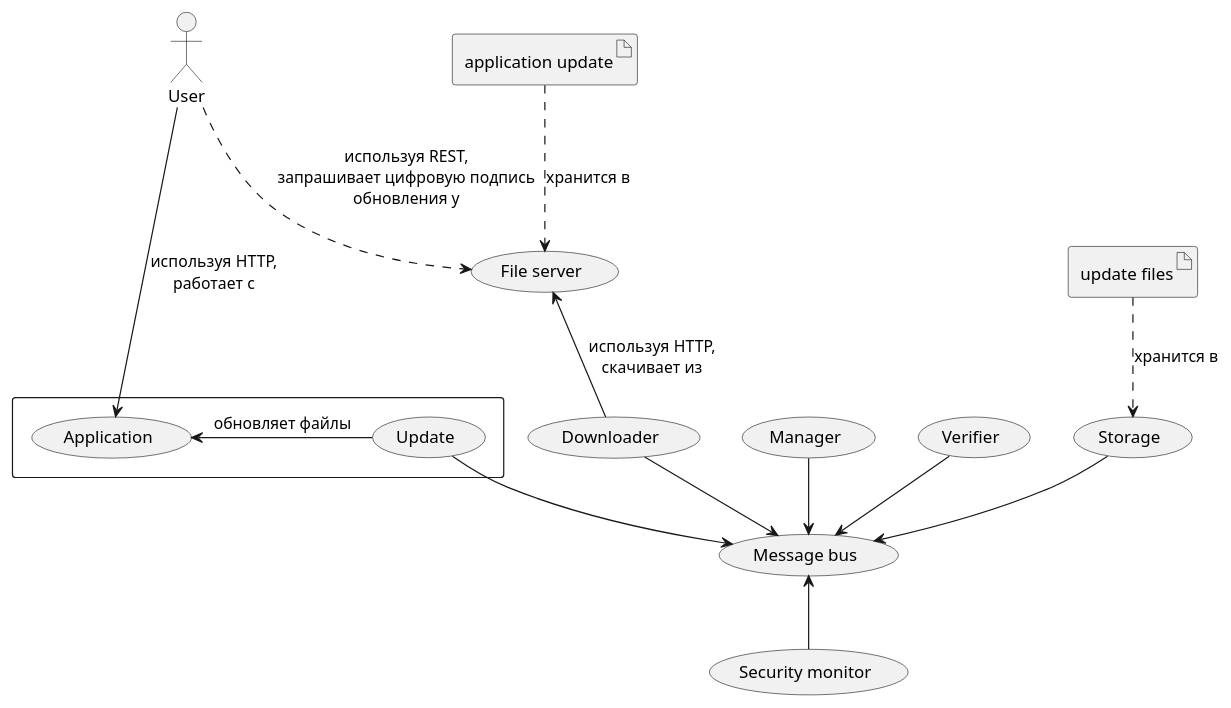
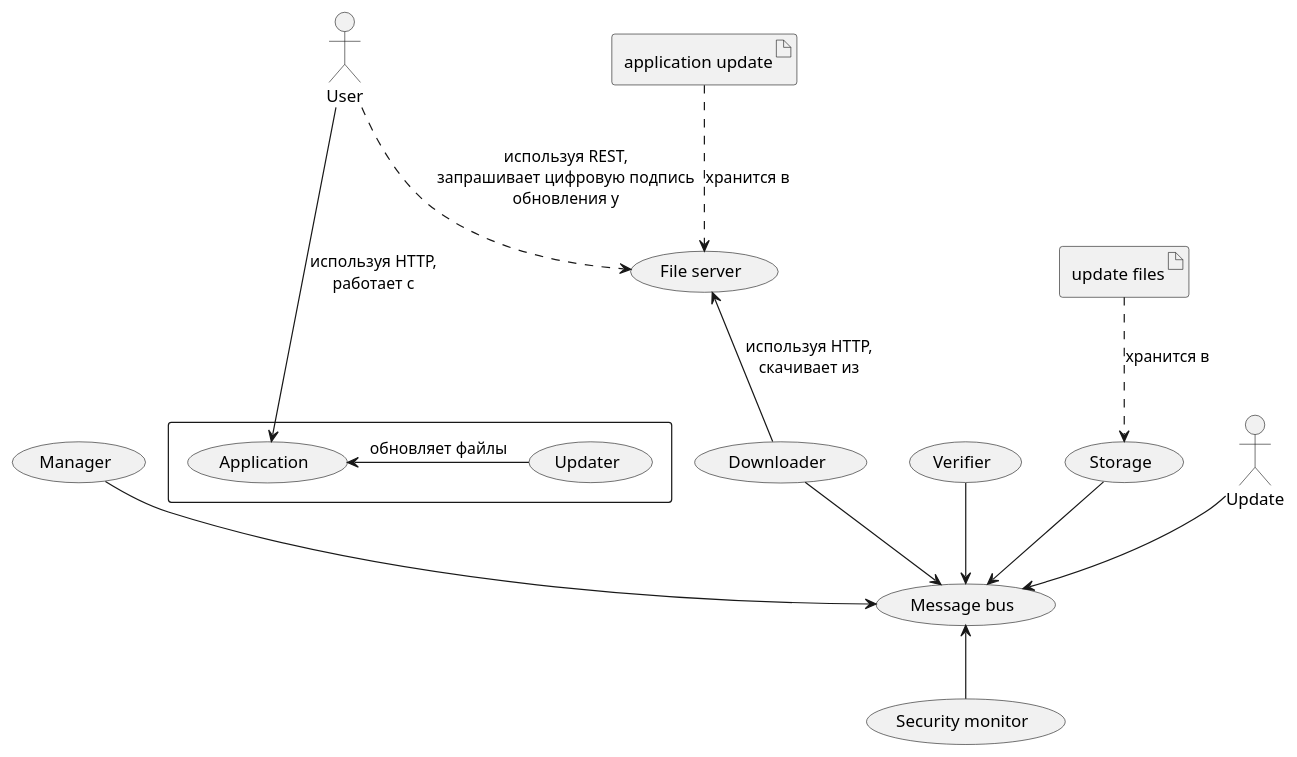
Before and after one commit to sergey-sobolev/secure-update: the diagram in docs/report/hla.puml, drawn with PlantUML. The commit also changed 3 other files, not shown here.

```diff
--- a/docs/report/hla.puml
+++ b/docs/report/hla.puml
@@ -1,35 +1,35 @@
 @startuml
 
 
 rectangle {
-    (Update)
+    (Updater)
     (Application)
 }
 
 :User: ---> Application: используя HTTP,\nработает с
-Application <- Update: обновляет файлы
+Application <- Updater: обновляет файлы
 
 (Manager)
 (File server) as server
 (Downloader) as downloader
 (Verifier)
 (Storage)
 (Message bus) as kafka
 (Security monitor) as monitor
 artifact "application update" as update
 artifact "update files" as updates
 
 update ..> server: хранится в
 :User: ..> server: используя REST,\nзапрашивает цифровую подпись\nобновления у
 downloader -up-> server: используя HTTP,\nскачивает из
 updates ..> Storage: хранится в
 
 Update -down-> kafka
 downloader -down-> kafka
 Storage -down-> kafka
 Manager -down-> kafka
 Verifier -down-> kafka
 monitor -up-> kafka
 
 
 @enduml
```
